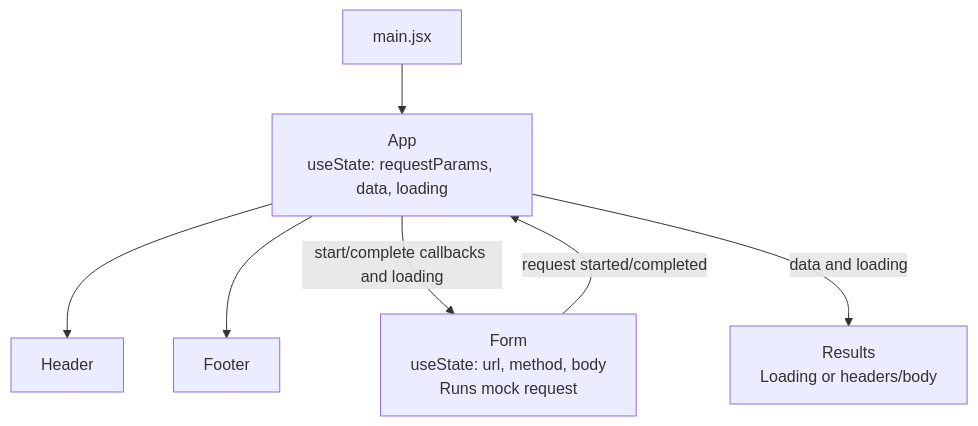
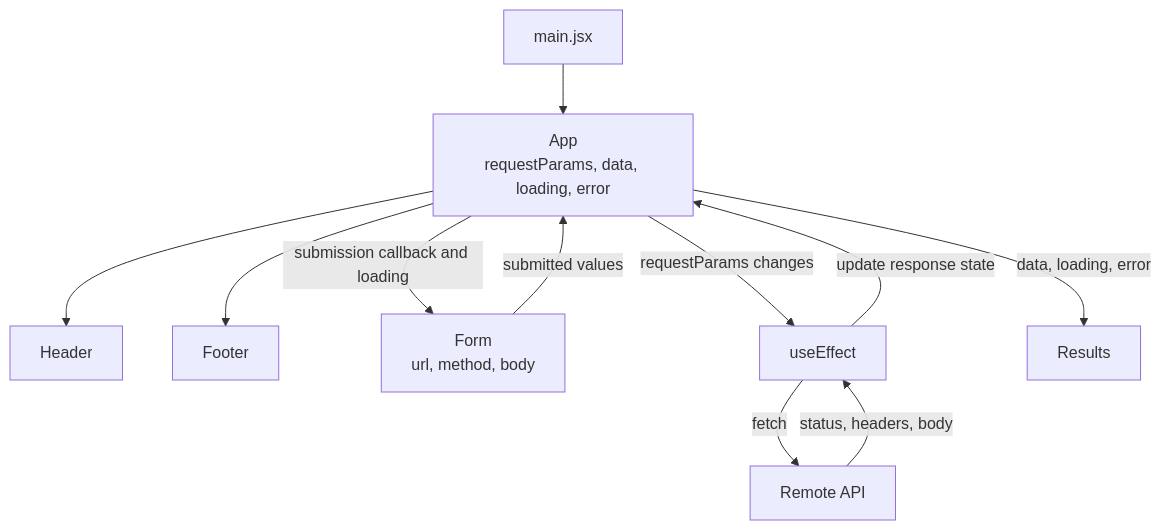
One commit to tonch-LIV/rest-ez changed the diagram in README.md. Above: the diagram before and after it, drawn with Mermaid. The commit also changed other lines of this file and 5 other files, not shown here.

````diff
--- a/README.md
+++ b/README.md
@@ -56,9 +68,13 @@
 ```mermaid
 flowchart TD
-    Main["main.jsx"] --> App["App<br/>useState: requestParams, data, loading"]
+    Main["main.jsx"] --> App["App<br/>requestParams, data, loading, error"]
     App --> Header["Header"]
     App --> Footer["Footer"]
-    App -->|"start/complete callbacks and loading"| Form["Form<br/>useState: url, method, body<br/>Runs mock request"]
-    Form -->|"request started/completed"| App
-    App -->|"data and loading"| Results["Results<br/>Loading or headers/body"]
+    App -->|"submission callback and loading"| Form["Form<br/>url, method, body"]
+    Form -->|"submitted values"| App
+    App -->|"requestParams changes"| Effect["useEffect"]
+    Effect -->|"fetch"| API["Remote API"]
+    API -->|"status, headers, body"| Effect
+    Effect -->|"update response state"| App
+    App -->|"data, loading, error"| Results["Results"]
 ```
````
